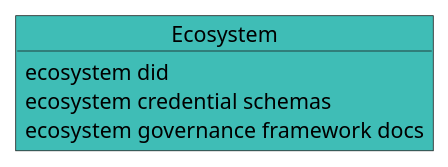
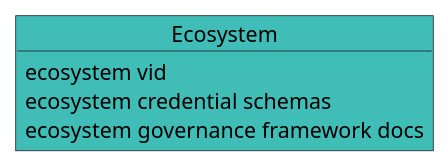
One commit to verana-labs/verifiable-trust-vpr-spec changed the second of 21 diagrams in spec.md. Above: the diagram before and after it, drawn with PlantUML. The commit also changed other lines of this file, not shown here.

First line of the commit message:
feat(spec): rename DID to VID (verifiable identifier) for TSP forward compatibility

````diff
--- a/spec.md
+++ b/spec.md
@@ -312,14 +312,14 @@
 ```plantuml
 
 @startuml
 scale max 800 width
  
 object "Ecosystem" as tra #3fbdb6 {
-    ecosystem did
+    ecosystem vid
     ecosystem credential schemas
     ecosystem governance framework docs
 }
 
 @enduml
 
 ```
````
